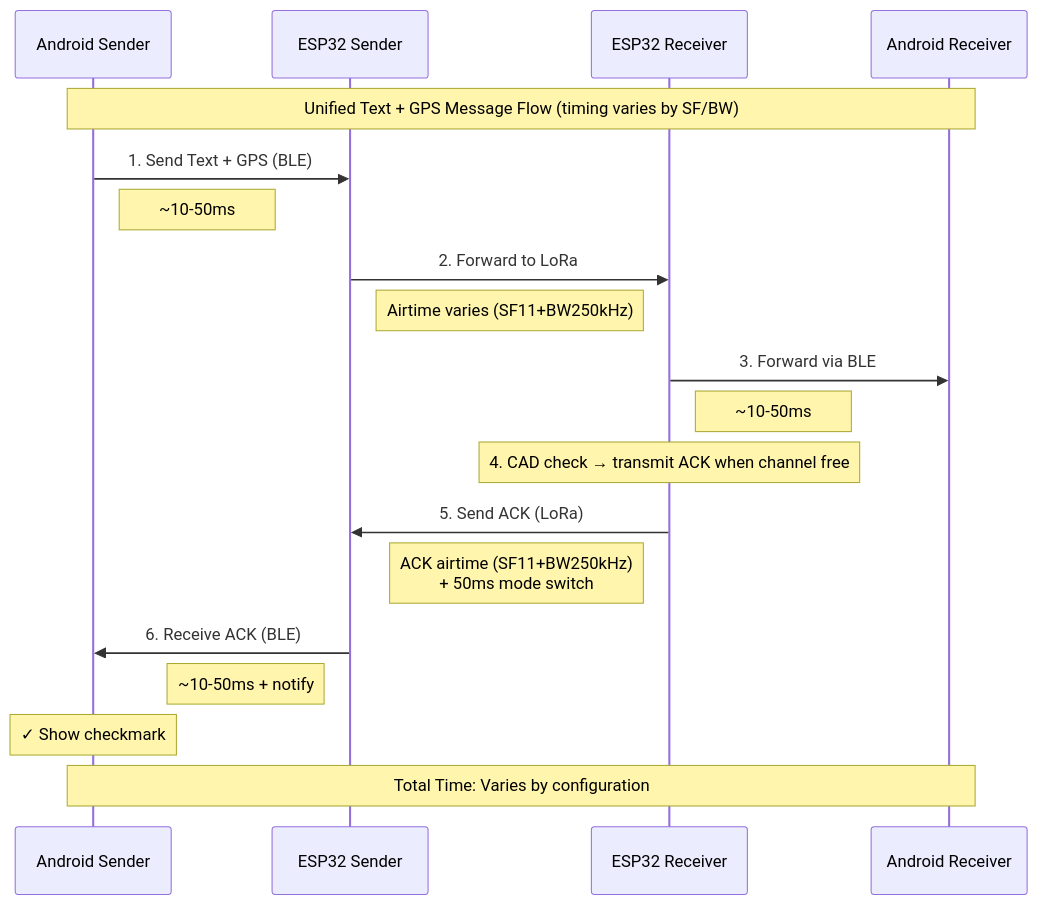
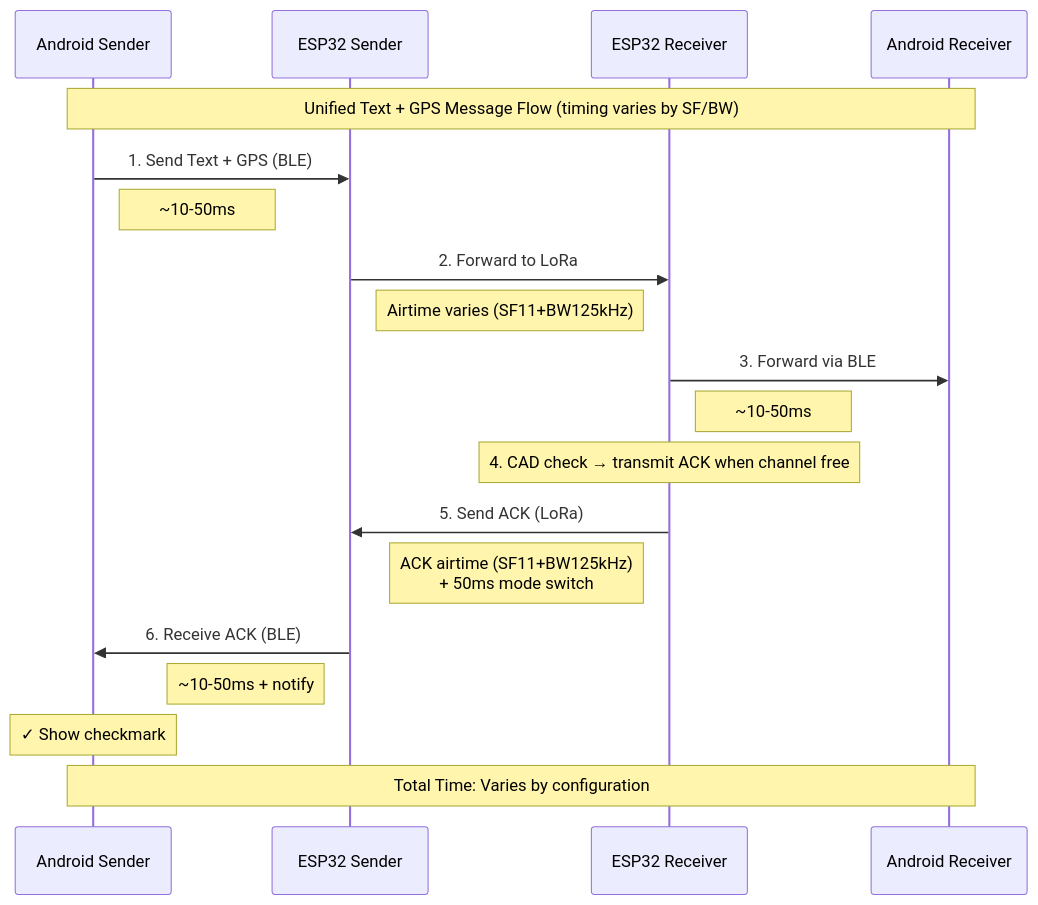
Before and after one commit to psytraxx/android-lora-ble-bridge: the second of 3 diagrams in README.md, drawn with Mermaid. The commit also changed other lines of this file and 24 other files, not shown here.

````diff
--- a/README.md
+++ b/README.md
@@ -432,31 +429,31 @@
 ```mermaid
 sequenceDiagram
     participant AS as Android Sender
     participant ES as ESP32 Sender
     participant ER as ESP32 Receiver
     participant AR as Android Receiver
 
     Note over AS,AR: Unified Text + GPS Message Flow (timing varies by SF/BW)
 
     AS->>ES: 1. Send Text + GPS (BLE)
     Note right of AS: ~10-50ms
 
     ES->>ER: 2. Forward to LoRa
-    Note right of ES: Airtime varies (SF11+BW250kHz)
+    Note right of ES: Airtime varies (SF11+BW125kHz)
 
     ER->>AR: 3. Forward via BLE
     Note right of ER: ~10-50ms
 
 
   Note over ER: 4. CAD check → transmit ACK when channel free
 
   ER->>ES: 5. Send ACK (LoRa)
-  Note left of ER: ACK airtime (SF11+BW250kHz)<br/>+ 50ms mode switch
+  Note left of ER: ACK airtime (SF11+BW125kHz)<br/>+ 50ms mode switch
 
   ES->>AS: 6. Receive ACK (BLE)
   Note left of ES: ~10-50ms + notify
 
     Note over AS: ✓ Show checkmark
 
     Note over AS,AR: Total Time: Varies by configuration
 ```
````
